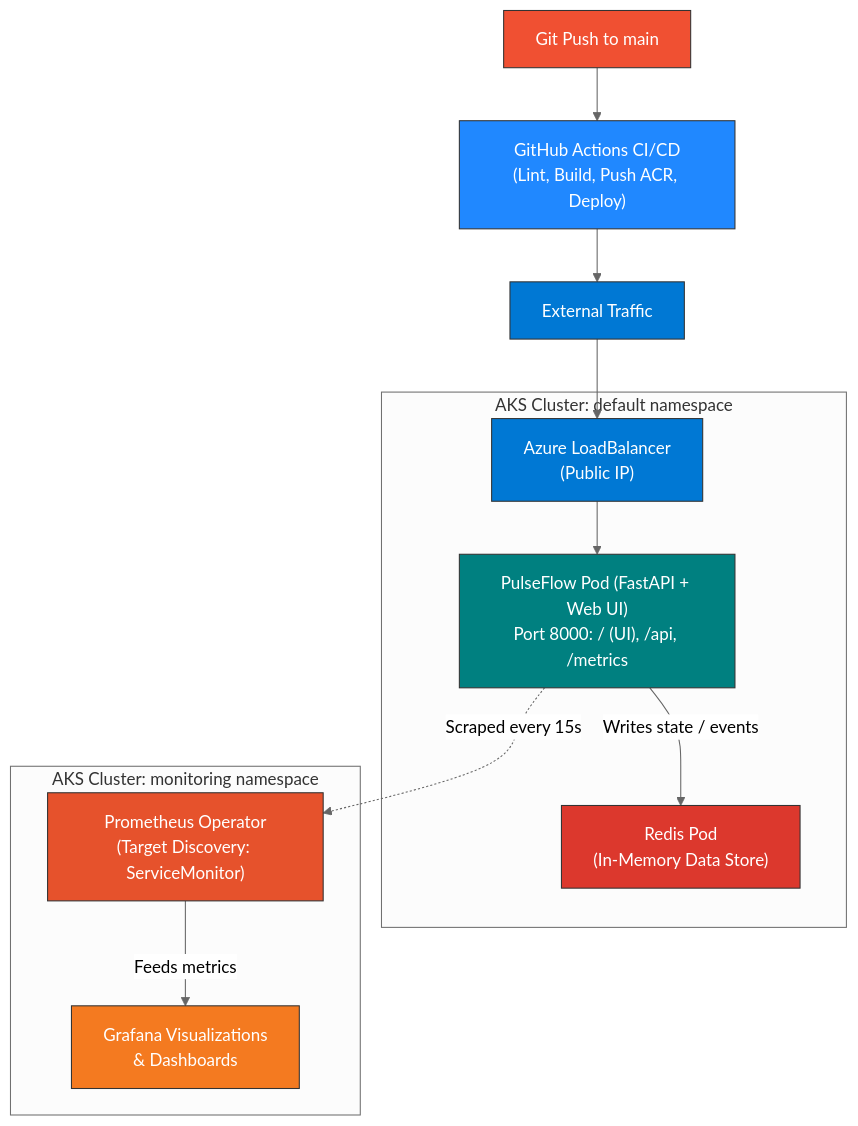
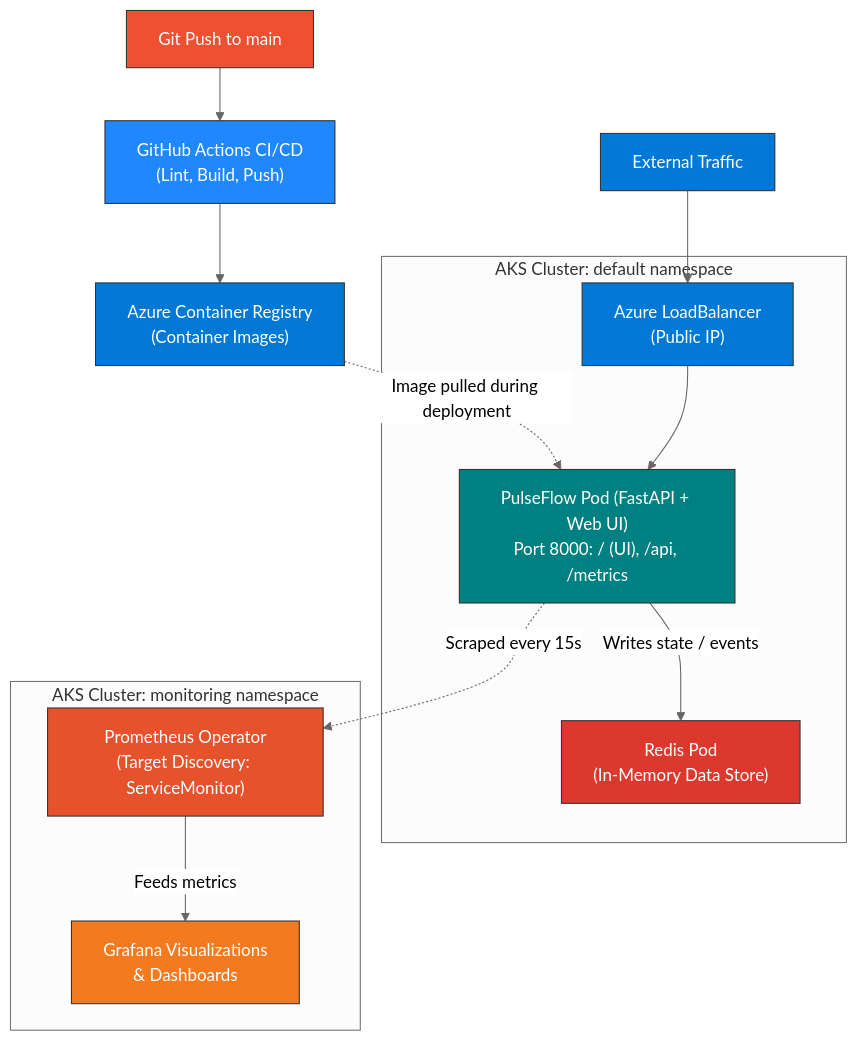
Before and after one commit to Jeffery-Aifuwa/pulseflow-telemetry-api: the diagram in README.md, drawn with Mermaid (neutral theme). The commit also changed other lines of this file, not shown here.

Commit message:
docs: README with architecture, CI/CD pipeline, and monitoring setup

````diff
--- a/README.md
+++ b/README.md
@@ -9,30 +13,34 @@
 ```mermaid
 graph TD
     %% Define Styles
     classDef git fill:#f05032,stroke:#333,stroke-width:1px,color:#fff;
     classDef cicd fill:#2088FF,stroke:#333,stroke-width:1px,color:#fff;
     classDef net fill:#0078D4,stroke:#333,stroke-width:1px,color:#fff;
+    classDef registry fill:#0078D4,stroke:#333,stroke-width:1px,color:#fff;
     classDef app fill:#008080,stroke:#333,stroke-width:1px,color:#fff;
     classDef data fill:#DC382D,stroke:#333,stroke-width:1px,color:#fff;
     classDef mon fill:#E6522C,stroke:#333,stroke-width:1px,color:#fff;
     classDef vis fill:#F47A20,stroke:#333,stroke-width:1px,color:#fff;
 
     %% CI/CD Flow
-    Push["Git Push to main"]:::git --> Actions["GitHub Actions CI/CD<br>(Lint, Build, Push ACR, Deploy)"]:::cicd
-    Actions --> Traffic["External Traffic"]:::net
-    Traffic --> LB["Azure LoadBalancer<br>(Public IP)"]:::net
+    Push["Git Push to main"]:::git --> Actions["GitHub Actions CI/CD<br>(Lint, Build, Push)"]:::cicd
+    Actions --> ACR["Azure Container Registry<br>(Container Images)"]:::registry
+    ACR -.->|Image pulled during deployment| PodApp
+
+    %% Traffic Flow
+    Traffic["External Traffic"]:::net --> LB["Azure LoadBalancer<br>(Public IP)"]:::net
 
     %% Default Namespace Cluster
     subgraph AKS_Default ["AKS Cluster: default namespace"]
         LB --> PodApp["PulseFlow Pod (FastAPI + Web UI)<br>Port 8000: / (UI), /api, /metrics"]:::app
         PodApp -->|Writes state / events| PodRedis["Redis Pod<br>(In-Memory Data Store)"]:::data
     end
 
     %% Monitoring Namespace Cluster
     subgraph AKS_Monitoring ["AKS Cluster: monitoring namespace"]
         Prom["Prometheus Operator<br>(Target Discovery: ServiceMonitor)"]:::mon -->|Feeds metrics| Grafana["Grafana Visualizations<br>& Dashboards"]:::vis
     end
 
     %% Cross-Namespace Scrape Link
     PodApp -.->|Scraped every 15s| Prom
 ```
````
